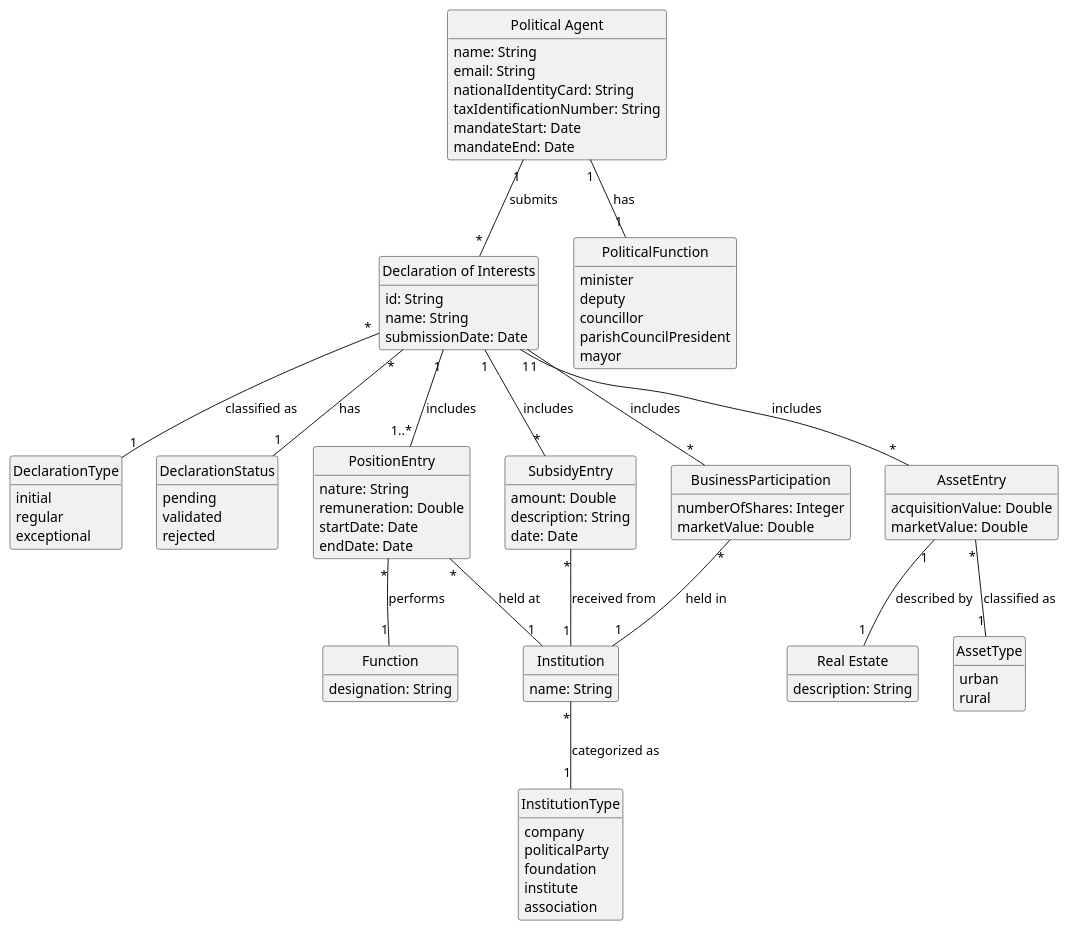
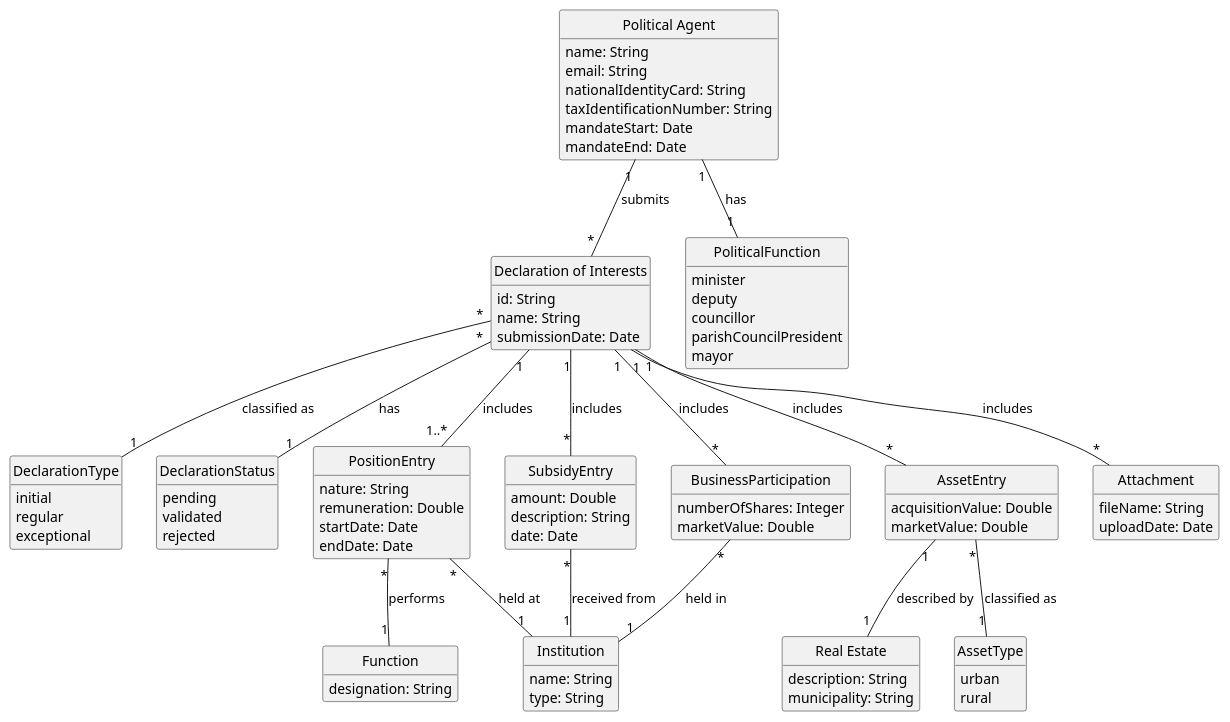
One commit to brunodspinto/crystal-clear-platform changed the diagram in docs/system-documentation/US06/02.analysis/puml/US06-DM.puml. Above: the diagram before and after it, drawn with PlantUML. The commit also changed 3 other files, not shown here.

```diff
--- a/docs/system-documentation/US06/02.analysis/puml/US06-DM.puml
+++ b/docs/system-documentation/US06/02.analysis/puml/US06-DM.puml
@@ -1,115 +1,114 @@
 @startuml US06-DM
 skinparam monochrome true
 skinparam packageStyle rectangle
 skinparam shadowing false
 skinparam classAttributeIconSize 0
 
 hide circle
 hide methods
 
 class "Political Agent" as PoliticalAgent {
     name: String
     email: String
     nationalIdentityCard: String
     taxIdentificationNumber: String
     mandateStart: Date
     mandateEnd: Date
 }
 
 class "Declaration of Interests" as Declaration {
     id: String
     name: String
     submissionDate: Date
 }
 
 enum DeclarationType {
     initial
     regular
     exceptional
 }
 
 enum DeclarationStatus {
     pending
     validated
     rejected
 }
 
 enum PoliticalFunction {
     minister
     deputy
     councillor
     parishCouncilPresident
     mayor
 }
 
 class PositionEntry {
     nature: String
     remuneration: Double
     startDate: Date
     endDate: Date
 }
 
 class Function {
     designation: String
 }
 
 class Institution {
     name: String
-}
-
-enum InstitutionType {
-    company
-    politicalParty
-    foundation
-    institute
-    association
+    type: String
 }
 
 class SubsidyEntry {
     amount: Double
     description: String
     date: Date
 }
 
 class AssetEntry {
     acquisitionValue: Double
     marketValue: Double
 }
 
 class "Real Estate" as RealEstate {
     description: String
+    municipality: String
 }
 
 enum AssetType {
     urban
     rural
 }
 
 class BusinessParticipation {
     numberOfShares: Integer
     marketValue: Double
 }
 
 PoliticalAgent "1" -- "1" PoliticalFunction : has
 PoliticalAgent "1" -- "*" Declaration : submits
 
 Declaration "*" -- "1" DeclarationType : classified as
 Declaration "*" -- "1" DeclarationStatus : has
 Declaration "1" -- "1..*" PositionEntry : includes
 Declaration "1" -- "*" SubsidyEntry : includes
 Declaration "1" -- "*" AssetEntry : includes
 Declaration "1" -- "*" BusinessParticipation : includes
 
 PositionEntry "*" -- "1" Institution : held at
 PositionEntry "*" -- "1" Function : performs
 
-Institution "*" -- "1" InstitutionType : categorized as
-
 SubsidyEntry "*" -- "1" Institution : received from
 
 AssetEntry "*" -- "1" AssetType : classified as
 AssetEntry "1" -- "1" RealEstate : described by
 
+class Attachment {
+    fileName: String
+    uploadDate: Date
+}
+
 BusinessParticipation "*" -- "1" Institution : held in
 
+Declaration "1" -- "*" Attachment : includes
+
 @enduml
```
